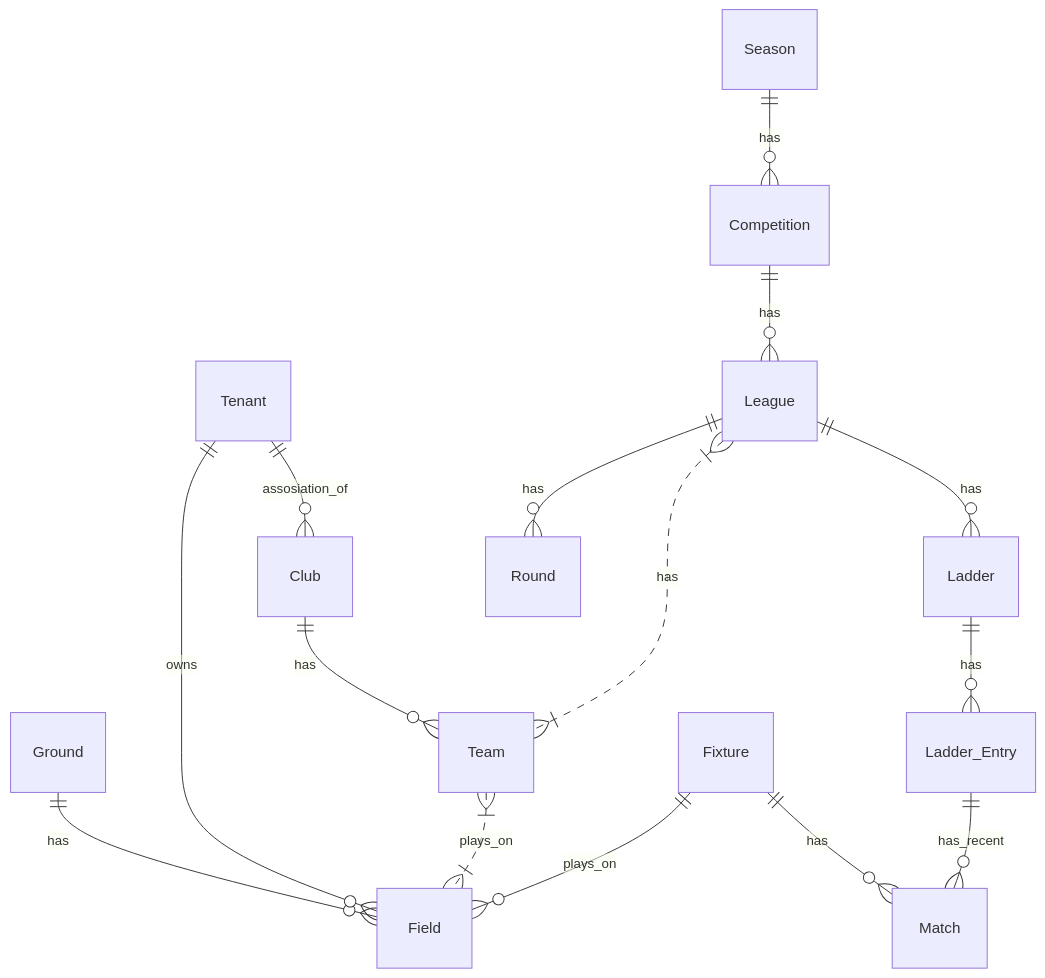
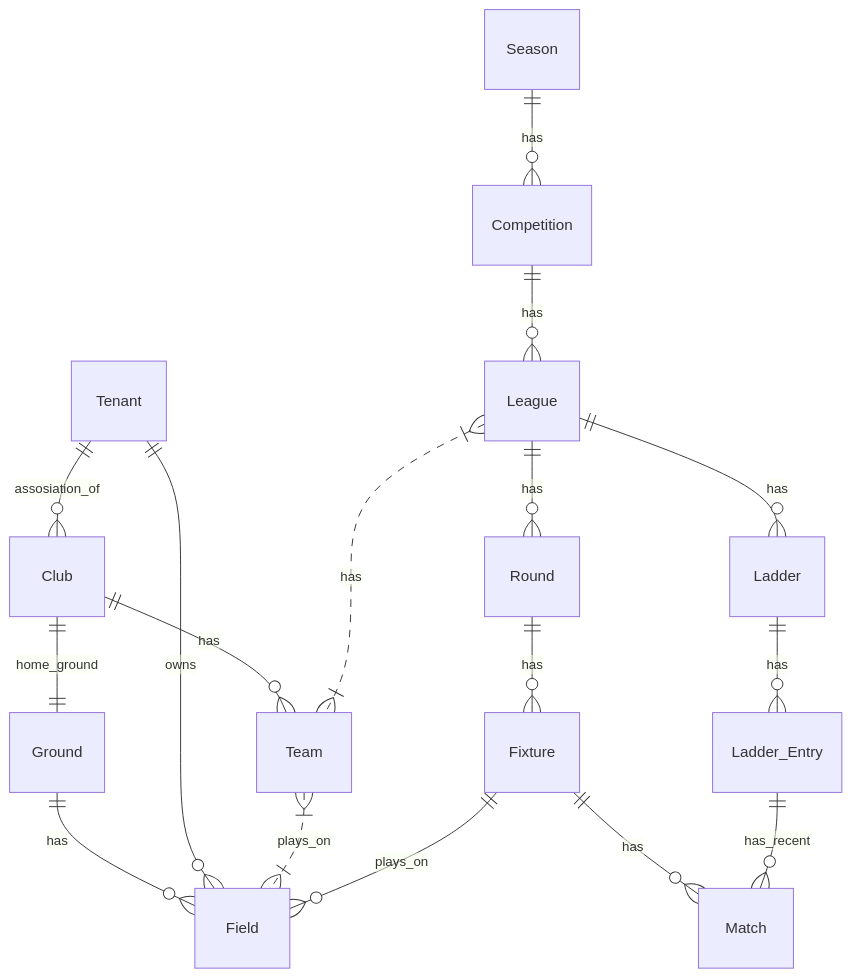
The diagram in README.md (Data-Monkey/apidribl), drawn with Mermaid before and after one commit. The commit also changed 1 other file, not shown here.

Commit message:
more tidying up

````diff
--- a/README.md
+++ b/README.md
@@ -11,17 +11,19 @@
 ```mermaid
 erDiagram
     Club ||--o{ Team : has
     Ground ||--o{ Field : has
     Tenant ||--o{ Field : owns
     Tenant ||--o{ Club  : assosiation_of
     Team }|..|{ Field : plays_on
     Competition ||--o{ League : has
     League }|..|{ Team : has
     League ||--o{ Ladder : has
     Fixture ||--o{ Match : has
     Fixture ||--o{ Field : plays_on
     Ladder ||--o{ Ladder_Entry : has
     Ladder_Entry ||--o{ Match : has_recent
     Season  ||--o{ Competition   : has
     League ||--o{ Round   : has
+    Club ||--|| Ground : home_ground
+    Round ||--o{ Fixture : has
 ```
````
